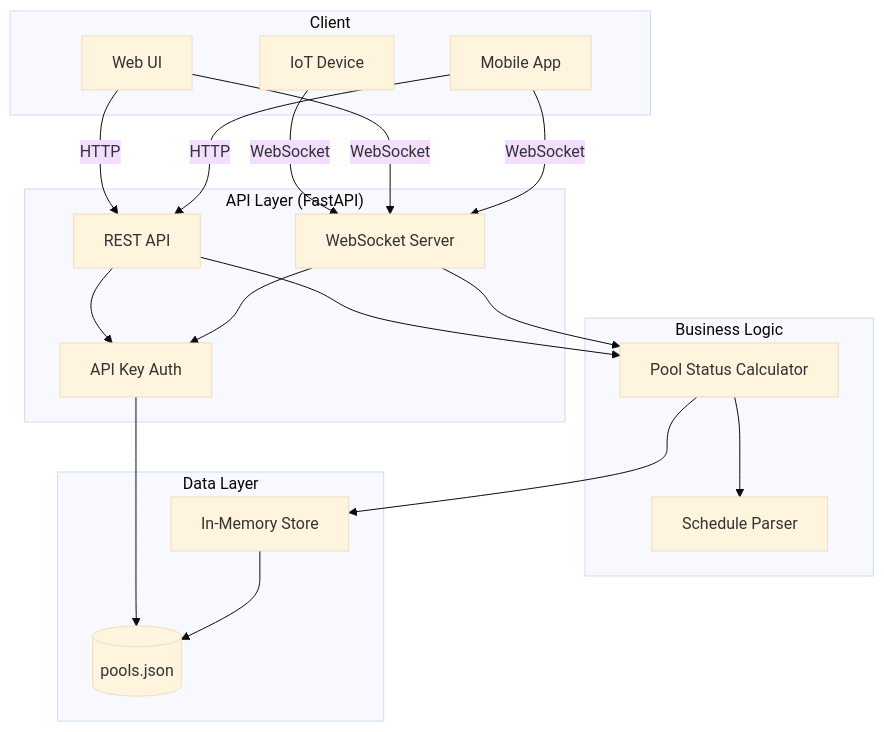
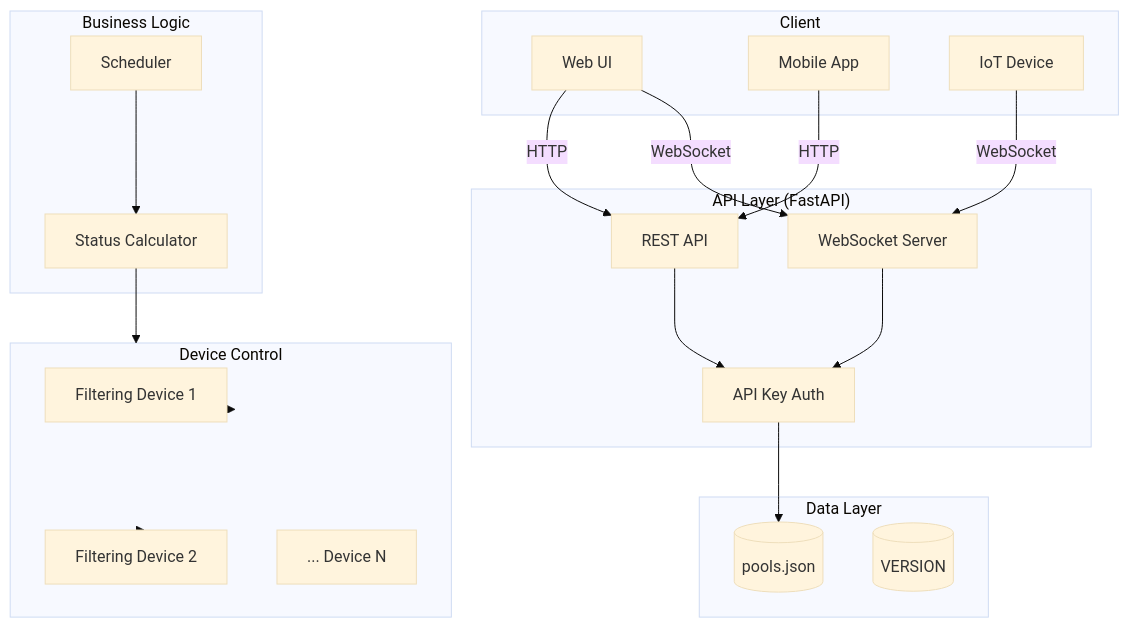
Before and after one commit to petro-kushchak/swimming-pool-mgt: the diagram in README.md, drawn with Mermaid (base theme). The commit also changed other lines of this file and 15 other files, not shown here.

````diff
--- a/README.md
+++ b/README.md
@@ -7,40 +17,44 @@
 ```mermaid
 graph TB
     subgraph Client
         UI[Web UI]
         Mobile[Mobile App]
         IoT[IoT Device]
     end
 
     subgraph API["API Layer (FastAPI)"]
         REST[REST API]
         WS[WebSocket Server]
         Auth[API Key Auth]
     end
 
     subgraph Business["Business Logic"]
-        Status[Pool Status Calculator]
-        Schedule[Schedule Parser]
+        Status[Status Calculator]
+        Scheduler[Scheduler]
+    end
+
+    subgraph Device["Device Control"]
+        Device1[Filtering Device 1]
+        Device2[Filtering Device 2]
+        DeviceN[... Device N]
     end
 
     subgraph Data["Data Layer"]
         Config[(pools.json)]
-        Memory[In-Memory Store]
+        Version[(VERSION)]
     end
 
     UI -->|HTTP| REST
     Mobile -->|HTTP| REST
     IoT -->|WebSocket| WS
     UI -->|WebSocket| WS
-    Mobile -->|WebSocket| WS
 
     REST --> Auth
     WS --> Auth
     Auth --> Config
 
-    REST --> Status
-    WS --> Status
-    Status --> Schedule
-    Status --> Memory
-    Memory --> Config
+    Scheduler --> Status
+    Status --> Device
+    Device --> Device1
+    Device --> Device2
 ```
````
